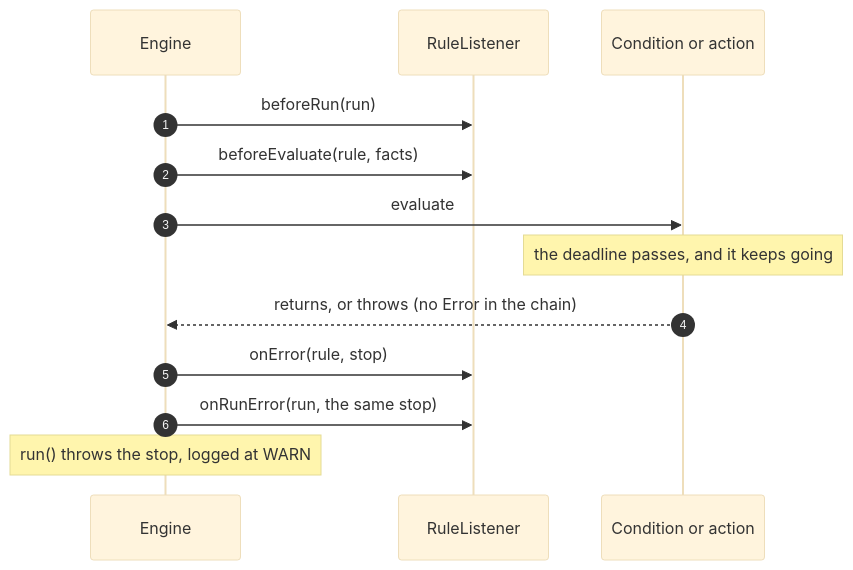
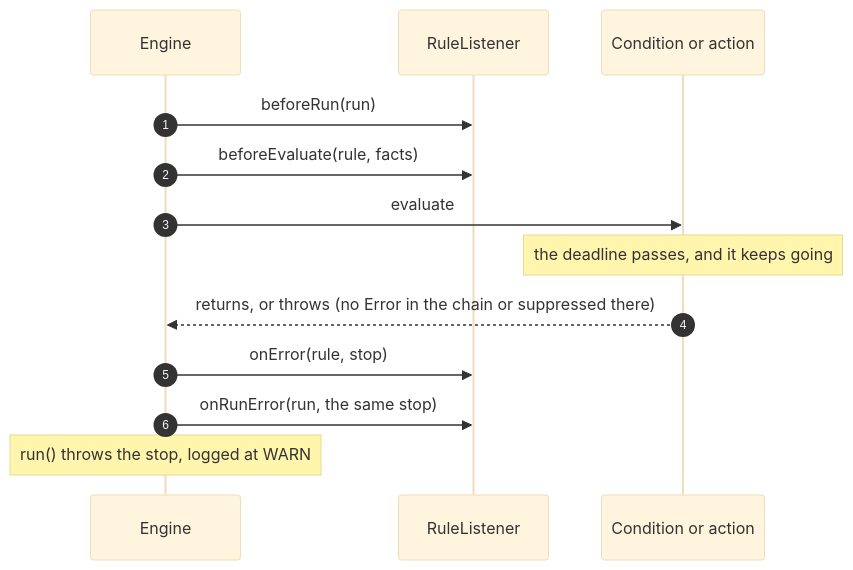
Before and after one commit to brantunger/unruly-engine: the diagram in docs/stopping-runs.md, drawn with Mermaid (base theme). The commit also changed other lines of this file and 20 other files, not shown here.

Commit message:
fix: a fatal error left only among suppressed exceptions is rethrown, not absorbed (#897)

````diff
--- a/docs/stopping-runs.md
+++ b/docs/stopping-runs.md
@@ -154,15 +157,15 @@
 ```mermaid
 sequenceDiagram
     autonumber
     participant E as Engine
     participant L as RuleListener
     participant R as Condition or action
     E->>L: beforeRun(run)
     E->>L: beforeEvaluate(rule, facts)
     E->>R: evaluate
     Note over R: the deadline passes, and it keeps going
-    R-->>E: returns, or throws (no Error in the chain)
+    R-->>E: returns, or throws (no Error in the chain or suppressed there)
     E->>L: onError(rule, stop)
     E->>L: onRunError(run, the same stop)
     Note over E: run() throws the stop, logged at WARN
 ```
````
